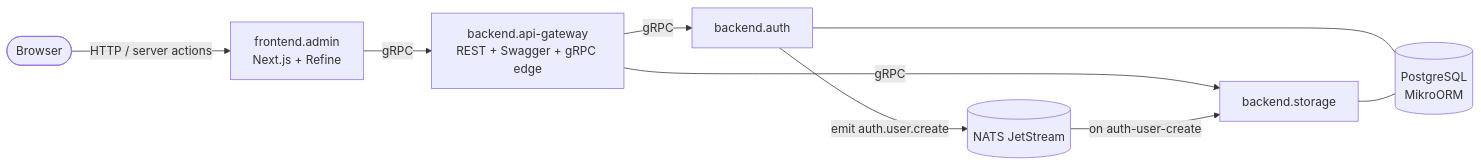
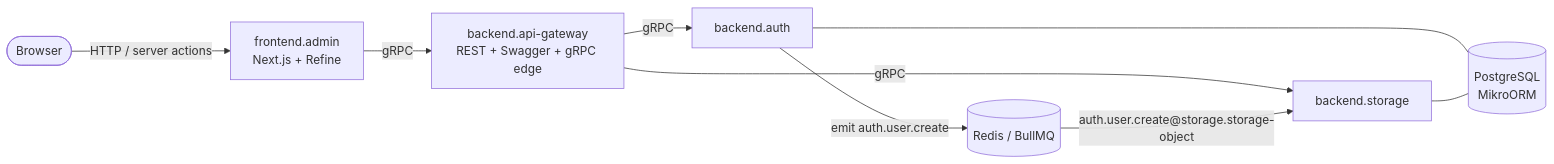
Before and after one commit to evgenii-shcherbakov/base: the second of 2 diagrams in README.md, drawn with Mermaid. The commit also changed other lines of this file and 2 other files, not shown here.

First line of the commit message:
docs: mark redis as the live event-bus transport

````diff
--- a/README.md
+++ b/README.md
@@ -56,15 +57,15 @@
 ```mermaid
 flowchart LR
   Browser(["Browser"])
   Browser -->|"HTTP / server actions"| Admin["frontend.admin<br/>Next.js + Refine"]
   Admin -->|gRPC| GW["backend.api-gateway<br/>REST + Swagger + gRPC edge"]
 
   GW -->|gRPC| Auth["backend.auth"]
   GW -->|gRPC| Storage["backend.storage"]
 
-  Auth -->|"emit auth.user.create"| NATS[("NATS JetStream")]
-  NATS -->|"on auth-user-create"| Storage
+  Auth -->|"emit auth.user.create"| Redis[("Redis / BullMQ")]
+  Redis -->|"auth.user.create@storage.storage-object"| Storage
 
   Auth --- PG[("PostgreSQL<br/>MikroORM")]
   Storage --- PG
 ```
````
